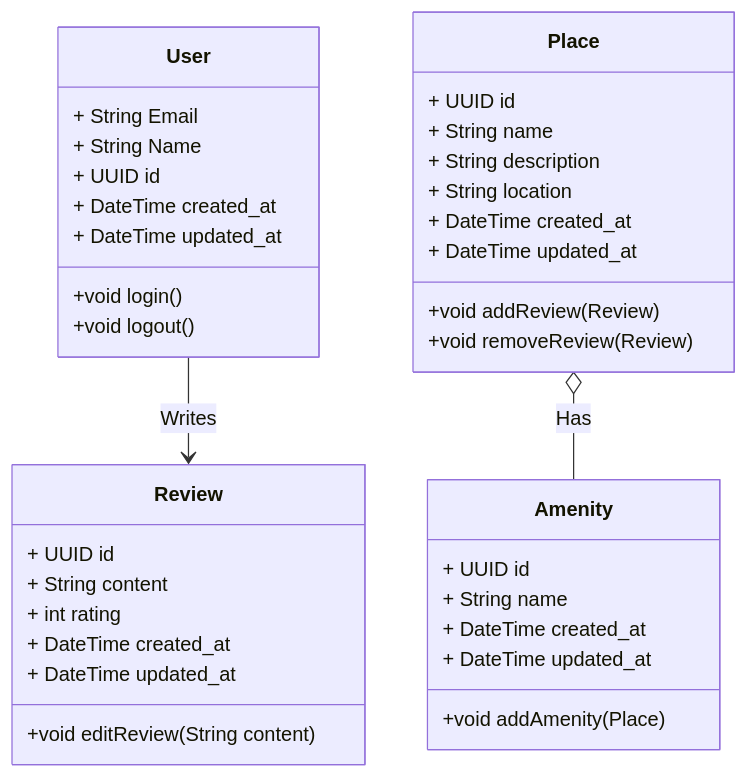
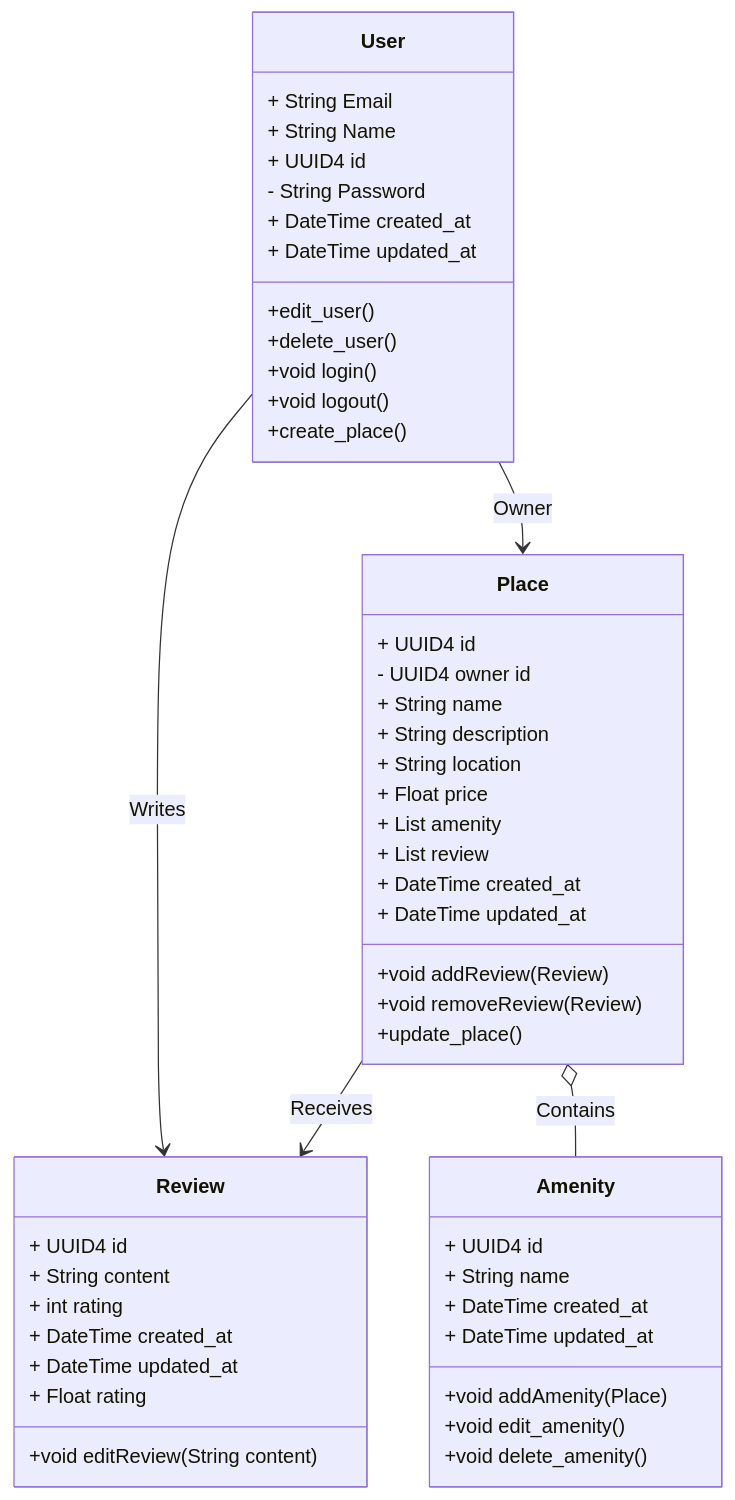
One commit to S1even/holbertonschool-hbnb changed the diagram in part1/Task1/task1.mermaid. Above: the diagram before and after it, drawn with Mermaid.

Commit message:
Update task 1

```diff
--- a/part1/Task1/task1.mermaid
+++ b/part1/Task1/task1.mermaid
@@ -1,42 +1,55 @@
 classDiagram
 class User {
     + String Email
     + String Name
-    + UUID id
+    + UUID4 id
+    - String Password
     + DateTime created_at
     + DateTime updated_at
+    +edit_user()
+    +delete_user()
     +void login()
     +void logout ()
+    +create_place()
 }
 
 class Review {
-    + UUID id
+    + UUID4 id
     + String content
     + int rating
     + DateTime created_at
     + DateTime updated_at
+    + Float rating
     +void editReview(String content)
 }
 
-User --> Review : Writes
-
 class Place {
-    + UUID id
+    + UUID4 id
+    - UUID4 owner id
     + String name
     + String description
     + String location
+    + Float price
+    + List amenity
+    + List review
     + DateTime created_at
     + DateTime updated_at
     +void addReview(Review)
     +void removeReview(Review)
+    +update_place()
 }
 
 class Amenity {
-    + UUID id
+    + UUID4 id
     + String name
     + DateTime created_at
     + DateTime updated_at
     +void addAmenity(Place)
+    +void edit_amenity()
+    +void delete_amenity()
 }
 
-Place o-- Amenity : Has
+Place o-- Amenity : Contains
+Place --> Review : Receives
+User --> Review : Writes
+User --> Place : Owner
```
